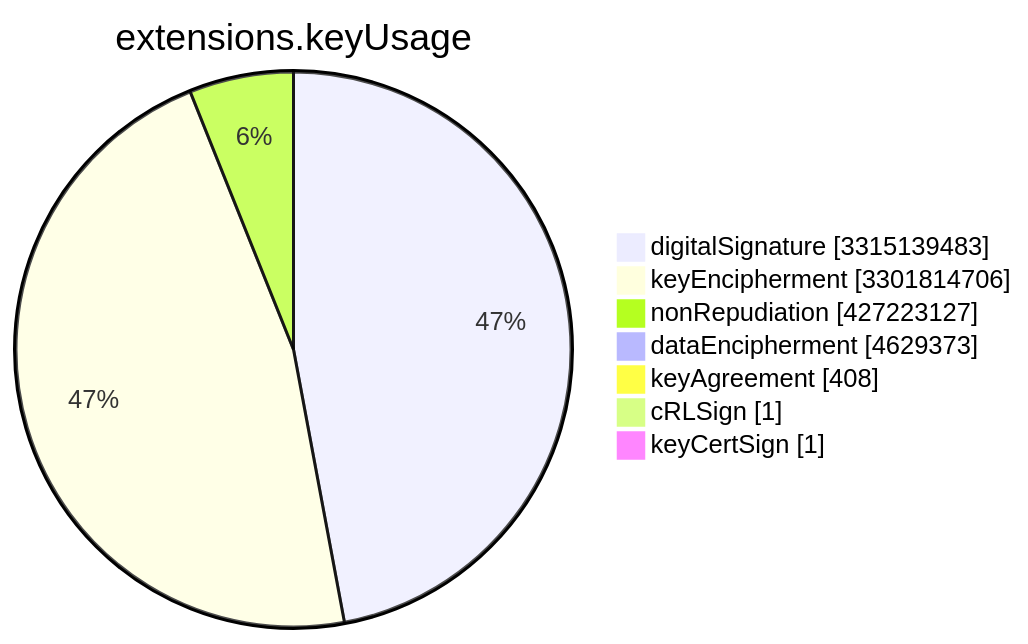
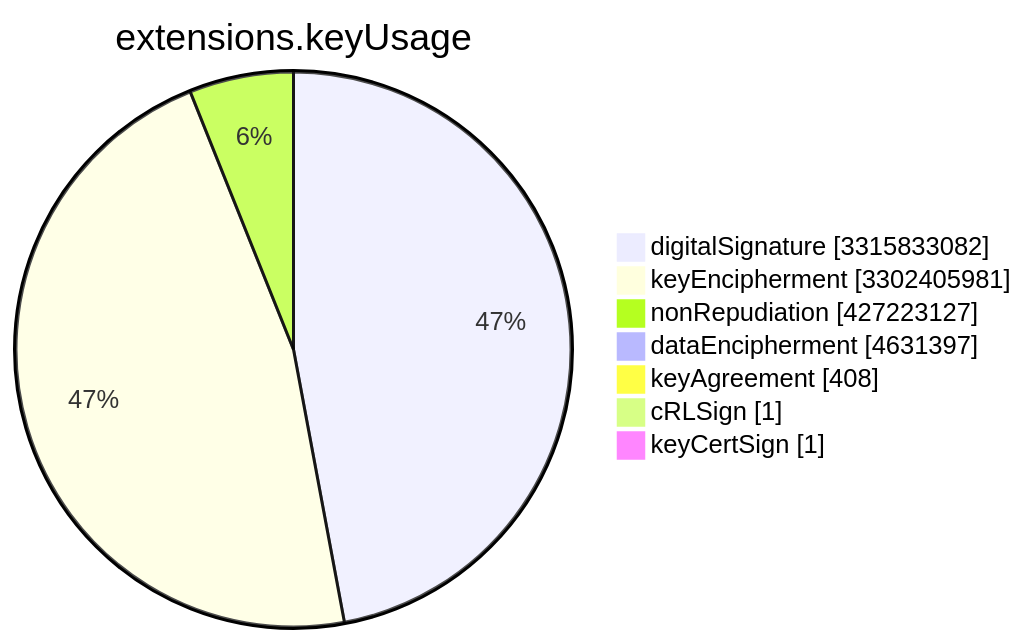
The sixth of 15 diagrams in TOTAL/README.md (christiankrug/ctmonitor_visualization), drawn with Mermaid before and after one commit. The commit also changed other lines of this file, not shown here.

````diff
--- a/TOTAL/README.md
+++ b/TOTAL/README.md
@@ -3078,11 +3078,11 @@
 ```mermaid
 pie showData
 title extensions.keyUsage
-"digitalSignature" :3315139483
-"keyEncipherment" :3301814706
+"digitalSignature" :3315833082
+"keyEncipherment" :3302405981
 "nonRepudiation" :427223127
-"dataEncipherment" :4629373
+"dataEncipherment" :4631397
 "keyAgreement" :408
 "cRLSign" :1
 "keyCertSign" :1
 ```
````
